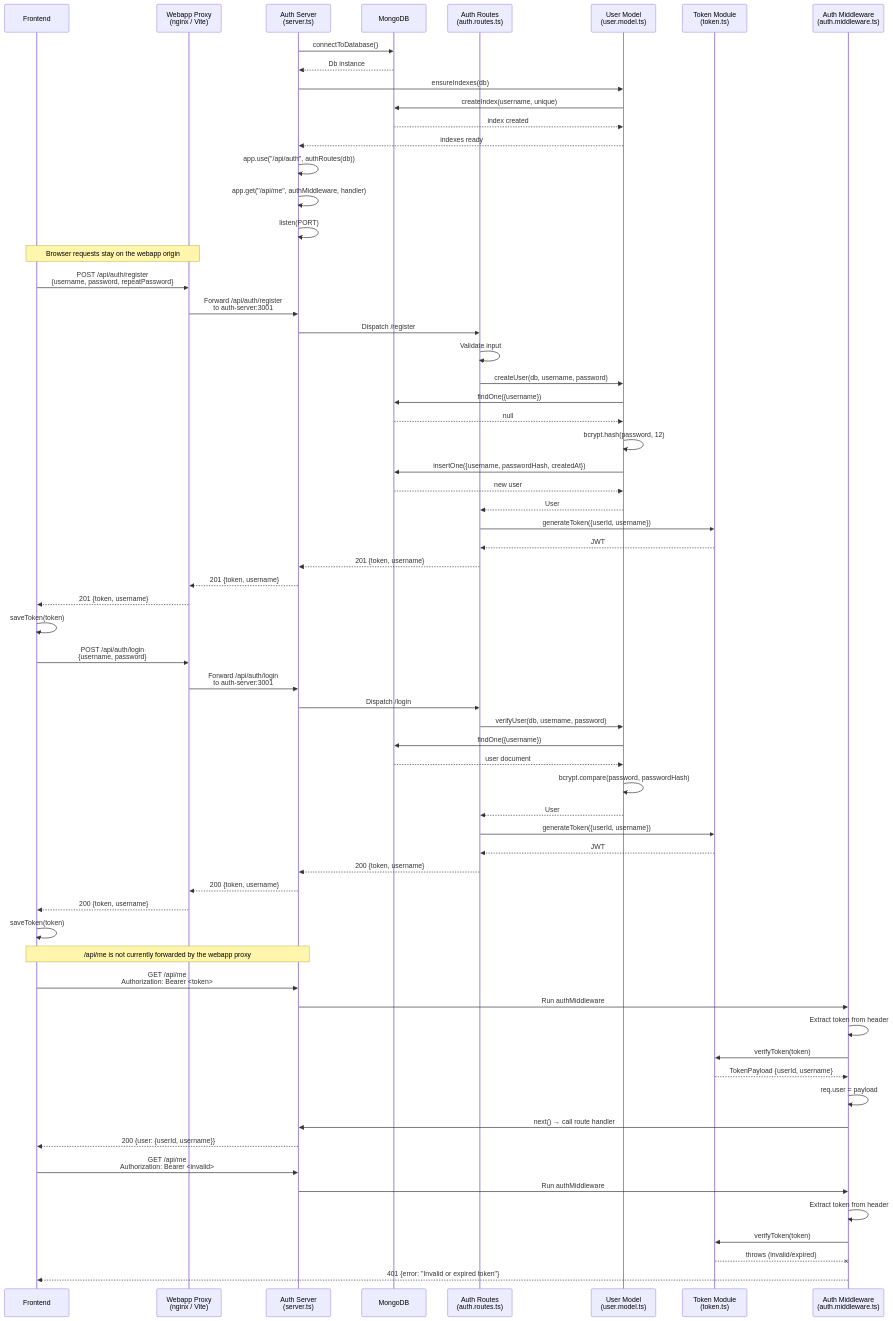
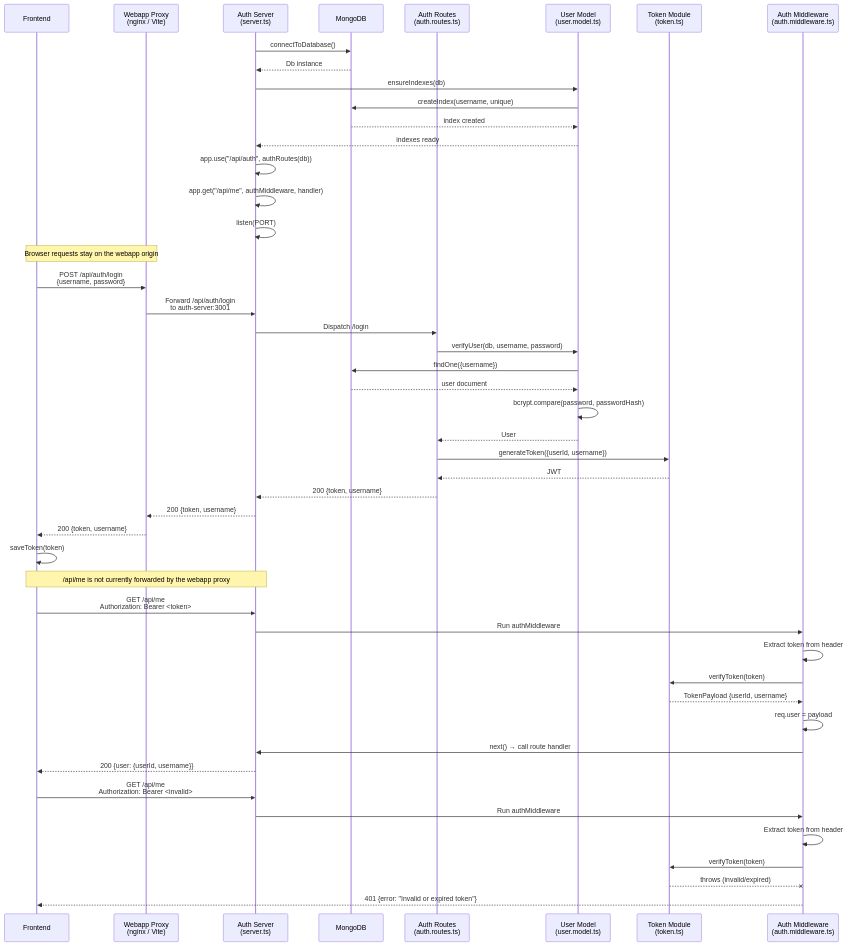
Before and after one commit to franciscosuca/exan: the diagram in docs/auth/AUTH_SEQUENCE.md, drawn with Mermaid. The commit also changed other lines of this file and 10 other files, not shown here.

````diff
--- a/docs/auth/AUTH_SEQUENCE.md
+++ b/docs/auth/AUTH_SEQUENCE.md
@@ -5,79 +5,60 @@
 ```mermaid
 sequenceDiagram
     participant FE as Frontend
    participant PX as Webapp Proxy<br/>(nginx / Vite)
     participant SRV as Auth Server<br/>(server.ts)
     participant DB as MongoDB
     participant RT as Auth Routes<br/>(auth.routes.ts)
     participant UM as User Model<br/>(user.model.ts)
     participant TK as Token Module<br/>(token.ts)
     participant MW as Auth Middleware<br/>(auth.middleware.ts)
 
     %% Server startup
     SRV->>DB: connectToDatabase()
     DB-->>SRV: Db instance
     SRV->>UM: ensureIndexes(db)
     UM->>DB: createIndex(username, unique)
     DB-->>UM: index created
     UM-->>SRV: indexes ready
     SRV->>SRV: app.use("/api/auth", authRoutes(db))
     SRV->>SRV: app.get("/api/me", authMiddleware, handler)
     SRV->>SRV: listen(PORT)
 
    %% Same-origin proxy routing
    Note over FE,PX: Browser requests stay on the webapp origin
-
-    %% Registration
-   FE->>PX: POST /api/auth/register<br/>{username, password, repeatPassword}
-   PX->>SRV: Forward /api/auth/register<br/>to auth-server:3001
-   SRV->>RT: Dispatch /register
-    RT->>RT: Validate input
-    RT->>UM: createUser(db, username, password)
-    UM->>DB: findOne({username})
-    DB-->>UM: null
-    UM->>UM: bcrypt.hash(password, 12)
-    UM->>DB: insertOne({username, passwordHash, createdAt})
-    DB-->>UM: new user
-    UM-->>RT: User
-    RT->>TK: generateToken({userId, username})
-    TK-->>RT: JWT
-   RT-->>SRV: 201 {token, username}
-   SRV-->>PX: 201 {token, username}
-   PX-->>FE: 201 {token, username}
-    FE->>FE: saveToken(token)
 
     %% Login
    FE->>PX: POST /api/auth/login<br/>{username, password}
    PX->>SRV: Forward /api/auth/login<br/>to auth-server:3001
    SRV->>RT: Dispatch /login
     RT->>UM: verifyUser(db, username, password)
     UM->>DB: findOne({username})
     DB-->>UM: user document
     UM->>UM: bcrypt.compare(password, passwordHash)
     UM-->>RT: User
     RT->>TK: generateToken({userId, username})
     TK-->>RT: JWT
    RT-->>SRV: 200 {token, username}
    SRV-->>PX: 200 {token, username}
    PX-->>FE: 200 {token, username}
     FE->>FE: saveToken(token)
 
    %% Protected route access through the auth server directly
    Note over FE,SRV: /api/me is not currently forwarded by the webapp proxy
    FE->>SRV: GET /api/me<br/>Authorization: Bearer <token>
    SRV->>MW: Run authMiddleware
     MW->>MW: Extract token from header
     MW->>TK: verifyToken(token)
     TK-->>MW: TokenPayload {userId, username}
     MW->>MW: req.user = payload
     MW->>SRV: next() → call route handler
     SRV-->>FE: 200 {user: {userId, username}}
 
     %% Invalid token case
    FE->>SRV: GET /api/me<br/>Authorization: Bearer <invalid>
    SRV->>MW: Run authMiddleware
     MW->>MW: Extract token from header
     MW->>TK: verifyToken(token)
     TK--xMW: throws (invalid/expired)
     MW-->>FE: 401 {error: "Invalid or expired token"}
 ```
````
